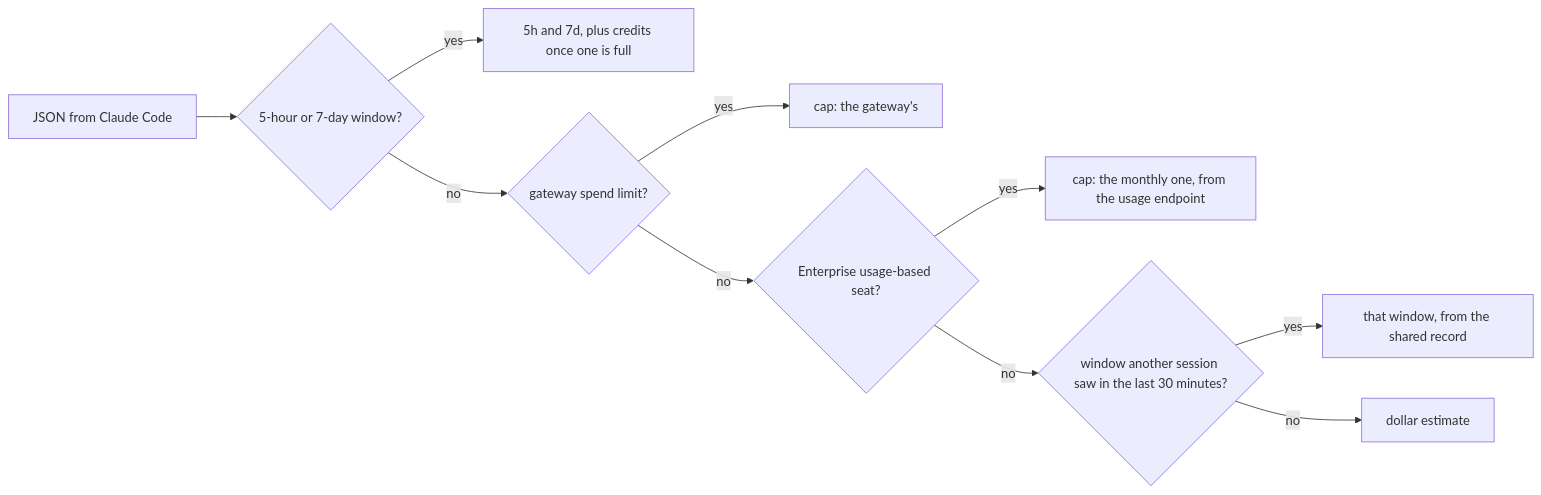
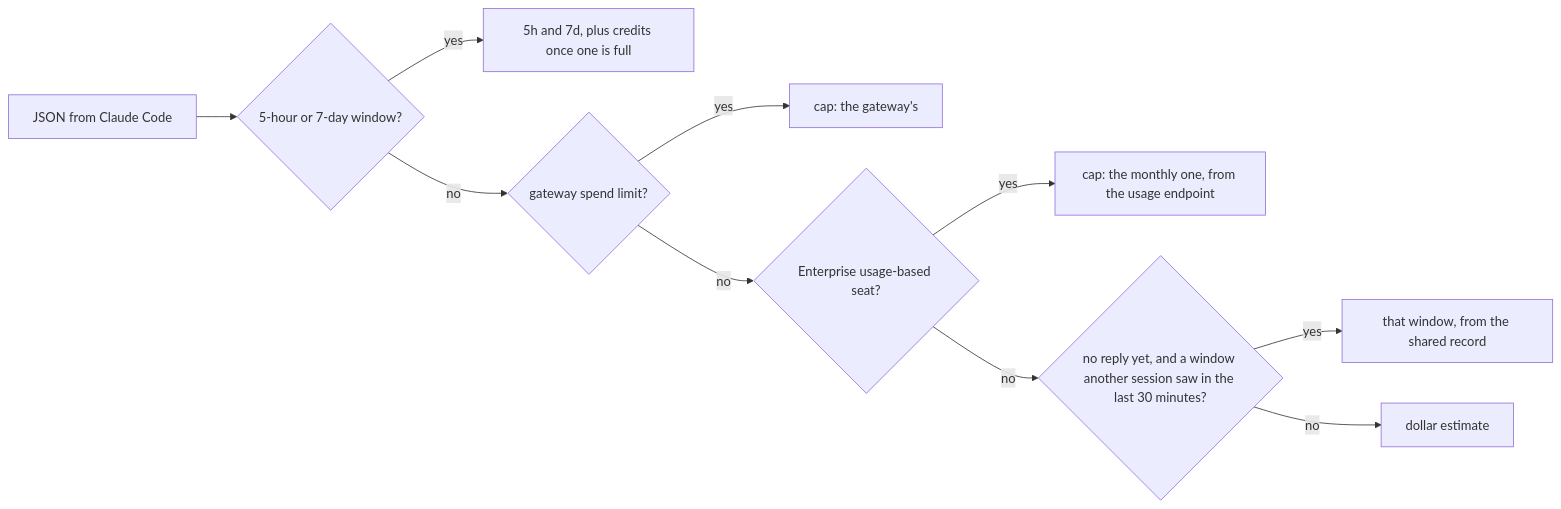
Before and after one commit to dima-gusyatiner/budget-statusline: the diagram in docs/how-it-works.md, drawn with Mermaid. The commit also changed other lines of this file and 1 other file, not shown here.

First line of the commit message:
docs: say the shared figures last until the session's first reply

````diff
--- a/docs/how-it-works.md
+++ b/docs/how-it-works.md
@@ -7,12 +7,12 @@
 ```mermaid
 flowchart LR
     J["JSON from Claude Code"] --> Q1{"5-hour or 7-day window?"}
     Q1 -- yes --> A["5h and 7d, plus credits once one is full"]
     Q1 -- no --> Q2{"gateway spend limit?"}
     Q2 -- yes --> B["cap: the gateway's"]
     Q2 -- no --> Q3{"Enterprise usage-based seat?"}
     Q3 -- yes --> C["cap: the monthly one, from the usage endpoint"]
-    Q3 -- no --> Q4{"window another session saw in the last 30 minutes?"}
+    Q3 -- no --> Q4{"no reply yet, and a window another session saw in the last 30 minutes?"}
     Q4 -- yes --> E["that window, from the shared record"]
     Q4 -- no --> D["dollar estimate"]
 ```
````
